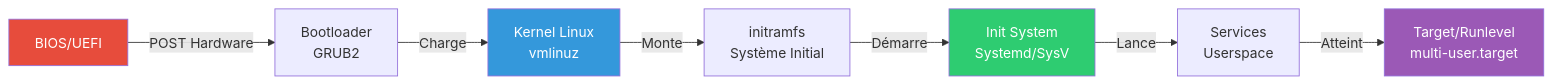
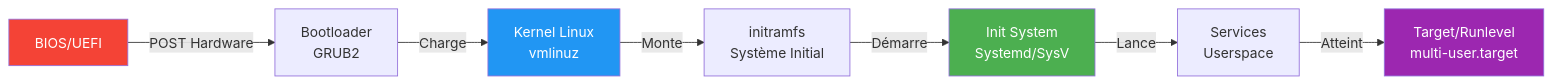
Before and after one commit to VBlackJack/ShellBook: the first of 5 diagrams in docs/linux/lpi-certification.md, drawn with Mermaid. The commit also changed other lines of this file and 337 other files, not shown here.

First line of the commit message:
refactor(docs): Standardize code blocks and Mermaid colors

````diff
--- a/docs/linux/lpi-certification.md
+++ b/docs/linux/lpi-certification.md
@@ -26,14 +26,14 @@
 ```mermaid
 flowchart LR
     A[BIOS/UEFI] -->|POST Hardware| B[Bootloader<br/>GRUB2]
     B -->|Charge| C[Kernel Linux<br/>vmlinuz]
     C -->|Monte| D[initramfs<br/>Système Initial]
     D -->|Démarre| E[Init System<br/>Systemd/SysV]
     E -->|Lance| F[Services<br/>Userspace]
     F -->|Atteint| G[Target/Runlevel<br/>multi-user.target]
 
-    style A fill:#e74c3c,color:#fff
-    style C fill:#3498db,color:#fff
-    style E fill:#2ecc71,color:#fff
-    style G fill:#9b59b6,color:#fff
+    style A fill:#f44336,color:#fff
+    style C fill:#2196F3,color:#fff
+    style E fill:#4CAF50,color:#fff
+    style G fill:#9C27B0,color:#fff
 ```
````
